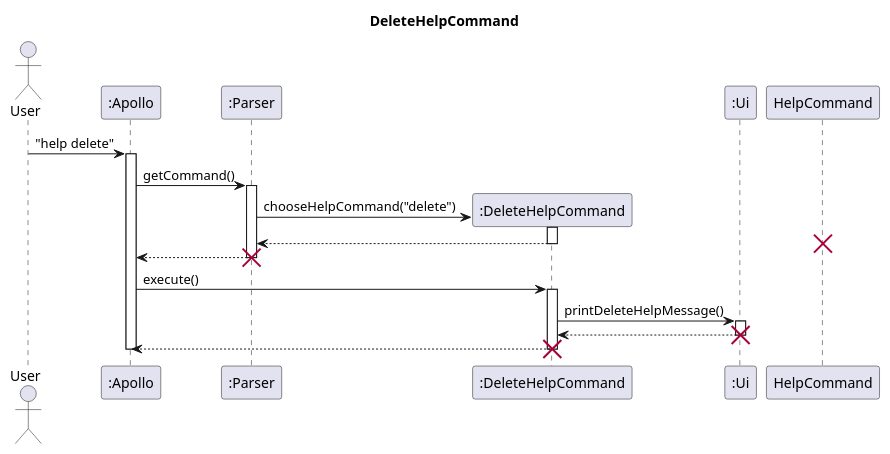
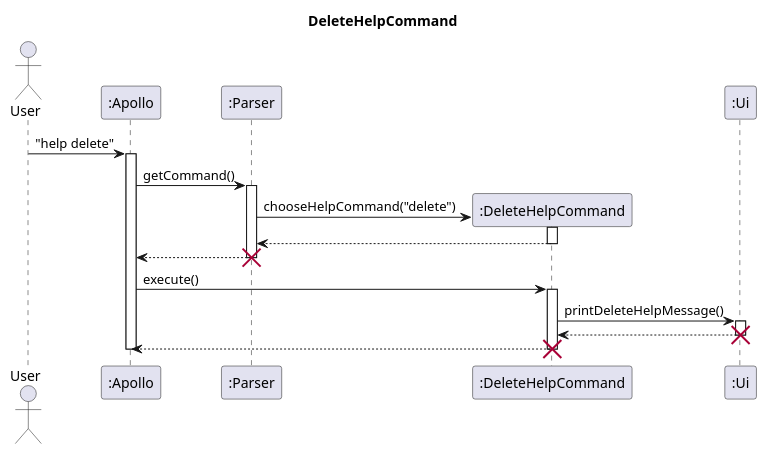
The diagram in docs/uml-source/sequence/DeleteHelpCommand.puml (nus-cs2113-AY2223S2/tp), drawn with PlantUML before and after one commit. The commit also changed 4 other files, not shown here.

Commit message:
Fixed error in UML ,bug in SpecificHelpCommandTests. Also updated PPP

```diff
--- a/docs/uml-source/sequence/DeleteHelpCommand.puml
+++ b/docs/uml-source/sequence/DeleteHelpCommand.puml
@@ -1,42 +1,42 @@
 @startuml
 'https://plantuml.com/sequence-diagram
 skinparam maxMessageSize 150
 
 title DeleteHelpCommand
 
 actor User
 participant ":Apollo" as Apollo
 participant ":Parser" as Parser
 participant ":DeleteHelpCommand" as DeleteHelp
 participant ":Ui" as Ui
 
 User -> Apollo : "help delete"
 activate Apollo
 Apollo -> Parser : getCommand()
 activate Parser
 Parser -> DeleteHelp ** : chooseHelpCommand("delete")
 
 activate DeleteHelp
 return
 
-destroy HelpCommand
+
 
 Parser --> Apollo
 deactivate Parser
 destroy Parser
 
 Apollo -> DeleteHelp: execute()
 DeleteHelp ++
 DeleteHelp -> Ui : printDeleteHelpMessage()
 activate Ui
 Ui --> DeleteHelp
 deactivate Ui
 destroy Ui
 DeleteHelp --> Apollo
 deactivate DeleteHelp
 destroy DeleteHelp
 
 
 deactivate Apollo
 
 @enduml
```
